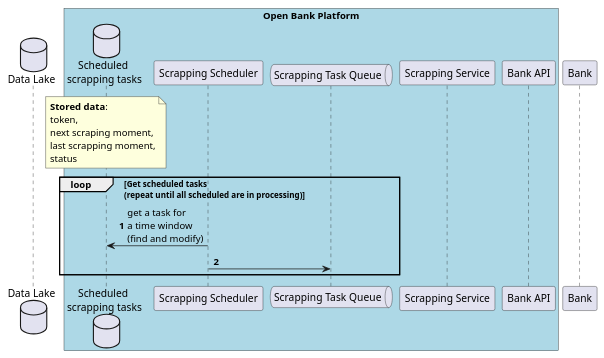
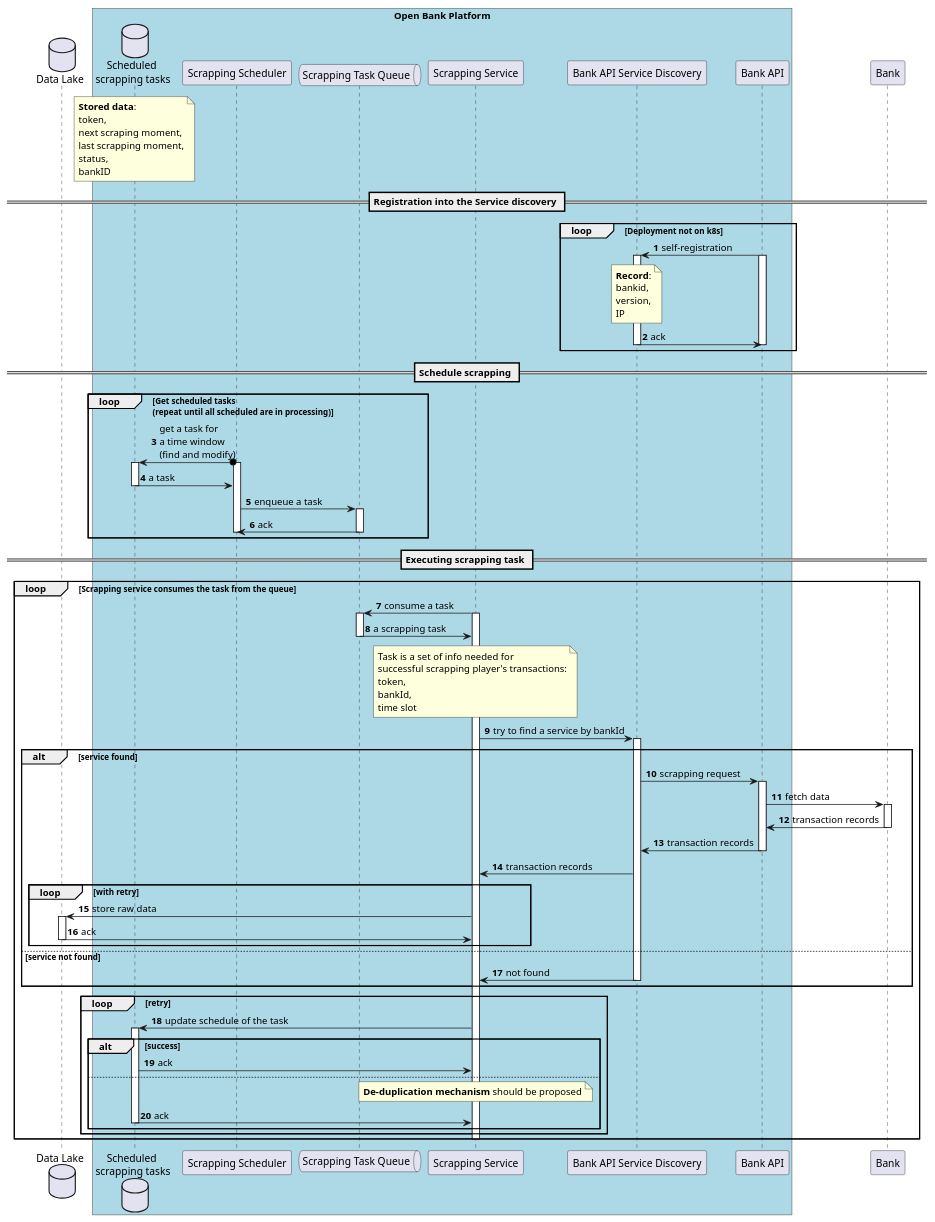
The diagram in umls/data_scrapping.puml (hkravtsov/affordability), drawn with PlantUML before and after one commit. The commit also changed 3 other files, not shown here.

Commit message:
Refactoring - main flow

```diff
--- a/umls/data_scrapping.puml
+++ b/umls/data_scrapping.puml
@@ -1,26 +1,75 @@
 @startuml
 
 autonumber
 
 database dl as "Data Lake"
 
 box "Open Bank Platform"  #LightBlue
 database scheduled as "Scheduled \nscrapping tasks"
 participant scheduler as "Scrapping Scheduler"
 queue stq as "Scrapping Task Queue"
 participant service as "Scrapping Service"
-participant baip as "Bank API"
+participant bapisd as "Bank API Service Discovery"
+participant bapi as "Bank API"
 
 end box
 
 participant bank as "Bank"
 
-note over scheduled: <b>Stored data</b>:\ntoken,\nnext scraping moment,\nlast scrapping moment,\nstatus
+note over scheduled: <b>Stored data</b>:\ntoken,\nnext scraping moment,\nlast scrapping moment,\nstatus,\nbankID
+
+== Registration into the Service discovery ==
+
+loop Deployment not on k8s
+bapi -> bapisd++: self-registration
+note over bapisd: <b>Record</b>:\nbankid,\nversion,\nIP
+activate bapi
+bapisd -> bapi--: ack
+deactivate bapi
+end
+
+== Schedule scrapping ==
 
 loop Get scheduled tasks \n(repeat until all scheduled are in processing)
-scheduler -> scheduled: get a task for\na time window\n(find and modify)
-
-scheduler -> stq
+  scheduler o-> scheduled++: get a task for\na time window\n(find and modify)
+  activate scheduler
+  scheduled -> scheduler--: a task
+  scheduler -> stq++: enqueue a task
+  stq -> scheduler--:ack
+  deactivate scheduler
 end
 
+== Executing scrapping task ==
+
+loop Scrapping service consumes the task from the queue
+service -> stq++: consume a task
+activate service
+stq -> service--: a scrapping task
+note over service: Task is a set of info needed for \nsuccessful scrapping player's transactions:\ntoken,\nbankId,\ntime slot
+service -> bapisd++: try to find a service by bankId
+alt service found
+  bapisd -> bapi++: scrapping request
+  bapi -> bank++: fetch data
+  bank -> bapi--: transaction records
+  bapi -> bapisd--: transaction records
+  bapisd -> service: transaction records
+  loop with retry
+  service -> dl++: store raw data
+  dl -> service--: ack
+  end
+else service not found
+  bapisd -> service--: not found
+
+end
+loop retry
+service -> scheduled++: update schedule of the task
+alt success
+  scheduled -> service: ack
+else
+  note over service: <b>De-duplication mechanism</b> should be proposed
+  scheduled -> service--: ack
+end
+end
+deactivate service
+end
 @enduml
```
